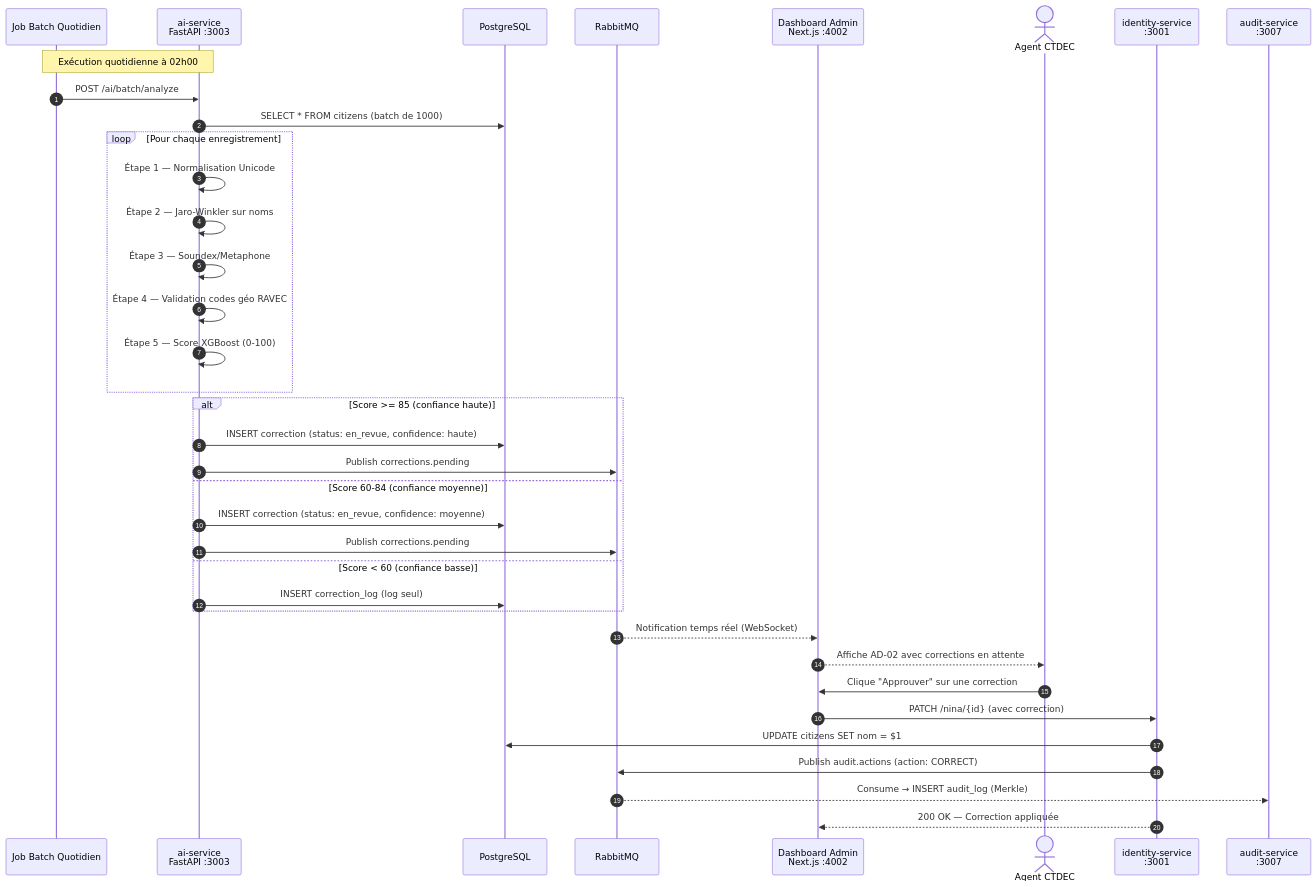
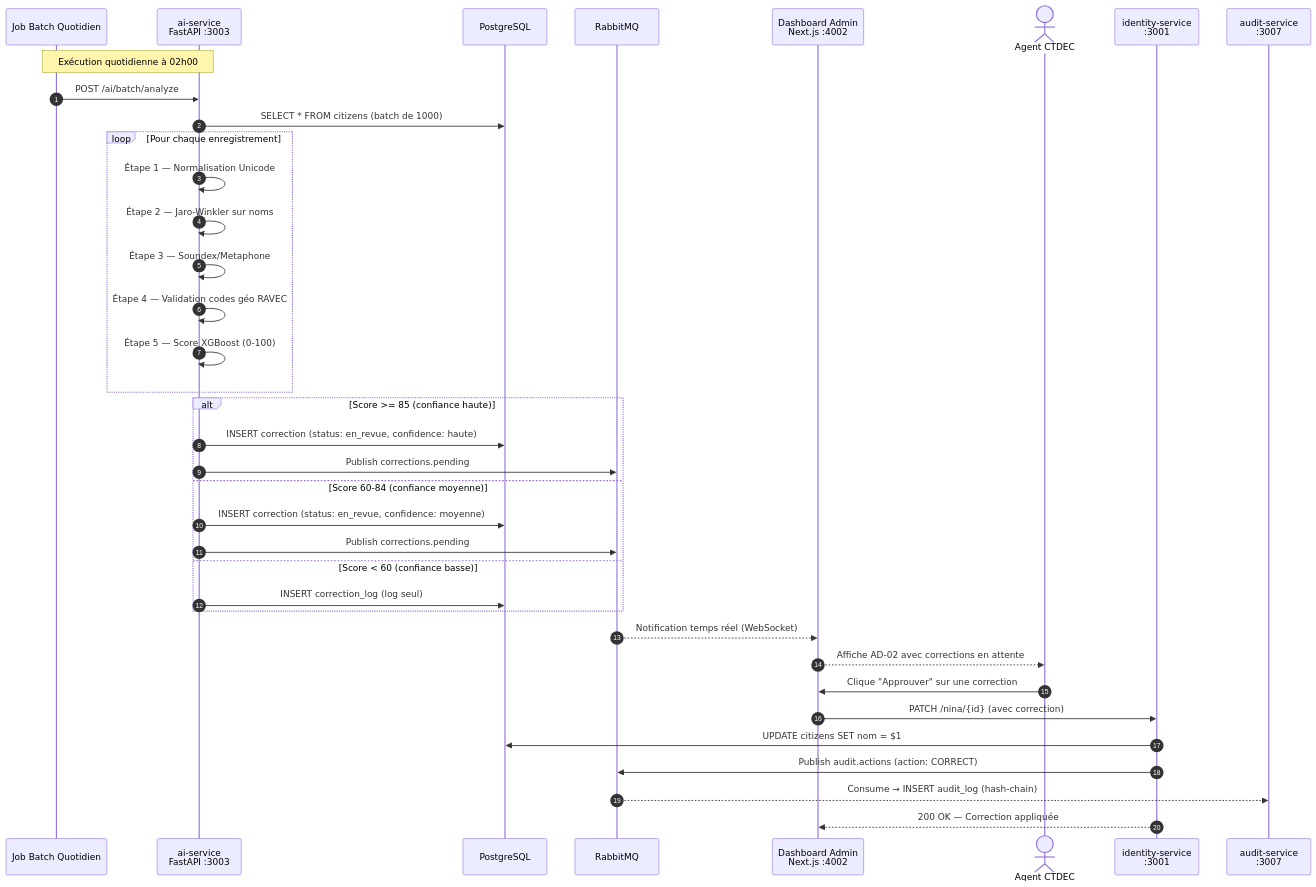
The fifth of 13 diagrams in docs/02-ARCHITECTURE-GLOBALE.md (TheManInPink/Session-Ete-2026), drawn with Mermaid before and after one commit. The commit also changed other lines of this file and 7 other files, not shown here.

````diff
--- a/docs/02-ARCHITECTURE-GLOBALE.md
+++ b/docs/02-ARCHITECTURE-GLOBALE.md
@@ -291,45 +323,45 @@
 ```mermaid
 sequenceDiagram
     autonumber
     participant CRON as Job Batch Quotidien
     participant AI as ai-service<br/>FastAPI :3003
     participant PG as PostgreSQL
     participant RMQ as RabbitMQ
     participant ADM_FE as Dashboard Admin<br/>Next.js :4002
     actor AGT as Agent CTDEC
     participant ID as identity-service<br/>:3001
     participant AUD as audit-service<br/>:3007
 
     Note over CRON,AI: Exécution quotidienne à 02h00
 
     CRON->>AI: POST /ai/batch/analyze
     AI->>PG: SELECT * FROM citizens (batch de 1000)
 
     loop Pour chaque enregistrement
         AI->>AI: Étape 1 — Normalisation Unicode
         AI->>AI: Étape 2 — Jaro-Winkler sur noms
         AI->>AI: Étape 3 — Soundex/Metaphone
         AI->>AI: Étape 4 — Validation codes géo RAVEC
         AI->>AI: Étape 5 — Score XGBoost (0-100)
     end
 
     alt Score >= 85 (confiance haute)
         AI->>PG: INSERT correction (status: en_revue, confidence: haute)
         AI->>RMQ: Publish corrections.pending
     else Score 60-84 (confiance moyenne)
         AI->>PG: INSERT correction (status: en_revue, confidence: moyenne)
         AI->>RMQ: Publish corrections.pending
     else Score < 60 (confiance basse)
         AI->>PG: INSERT correction_log (log seul)
     end
 
     RMQ-->>ADM_FE: Notification temps réel (WebSocket)
     ADM_FE-->>AGT: Affiche AD-02 avec corrections en attente
 
     AGT->>ADM_FE: Clique "Approuver" sur une correction
     ADM_FE->>ID: PATCH /nina/{id} (avec correction)
     ID->>PG: UPDATE citizens SET nom = $1
     ID->>RMQ: Publish audit.actions (action: CORRECT)
-    RMQ-->>AUD: Consume → INSERT audit_log (Merkle)
+    RMQ-->>AUD: Consume → INSERT audit_log (hash-chain)
     ID-->>ADM_FE: 200 OK — Correction appliquée
 ```
````
